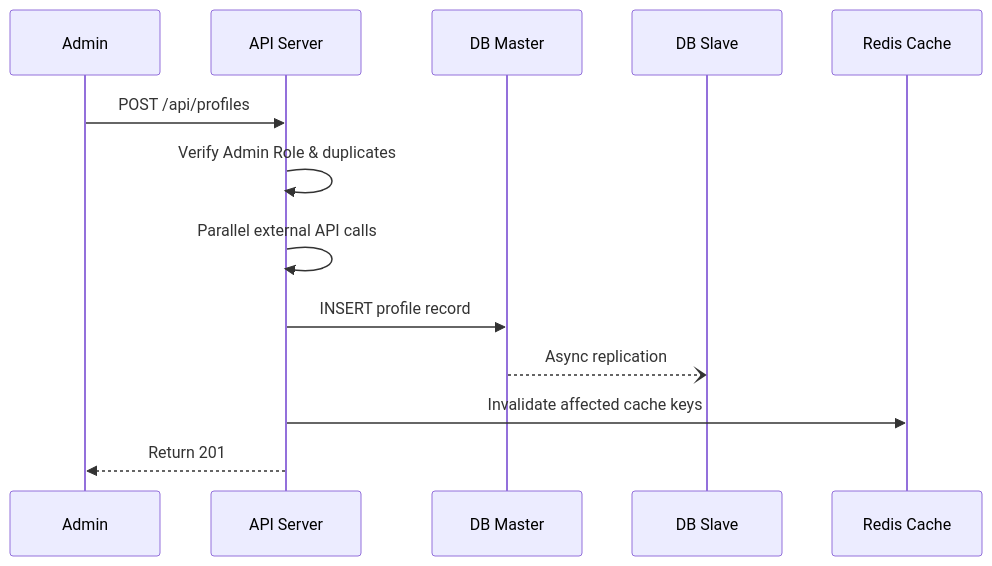
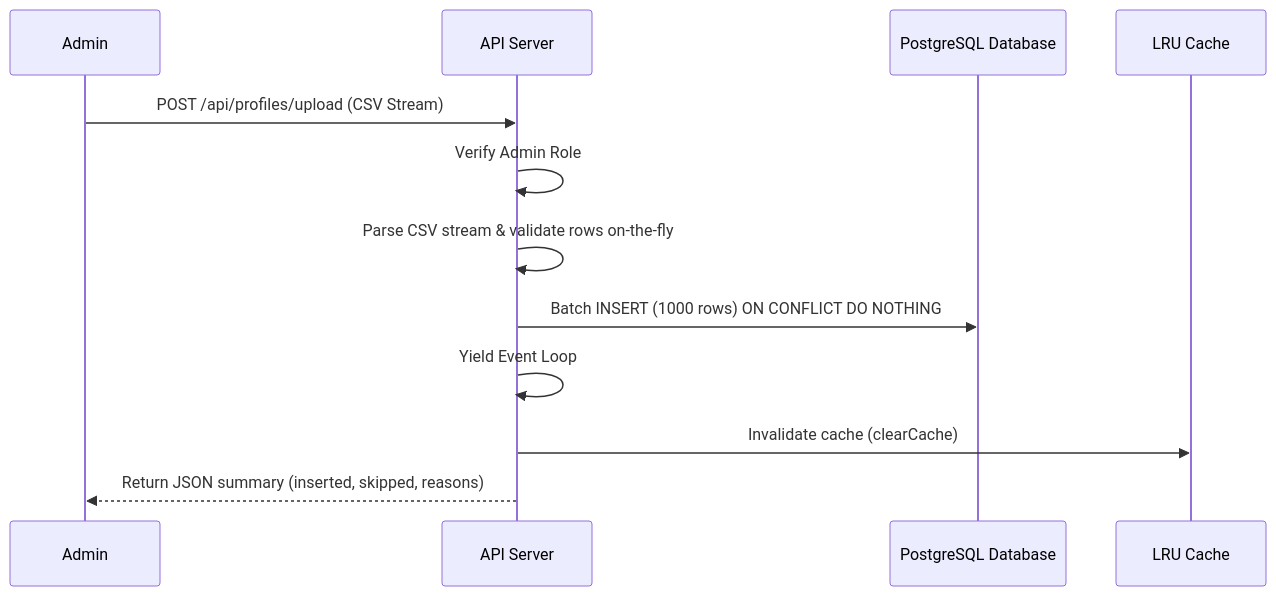
The third of 4 diagrams in stage-4a-design.md (cybarry/insighta-backend), drawn with Mermaid before and after one commit. The commit also changed other lines of this file, not shown here.

````diff
--- a/stage-4a-design.md
+++ b/stage-4a-design.md
@@ -106,16 +104,15 @@
 ```mermaid
 sequenceDiagram
     participant C as Admin
     participant A as API Server
-    participant DB as DB Master
-    participant DBS as DB Slave
-    participant R as Redis Cache
+    participant DB as PostgreSQL Database
+    participant R as LRU Cache
 
-    C->>A: POST /api/profiles
-    A->>A: Verify Admin Role & duplicates
-    A->>A: Parallel external API calls
-    A->>DB: INSERT profile record
-    DB--)DBS: Async replication
-    A->>R: Invalidate affected cache keys
-    A-->>C: Return 201
+    C->>A: POST /api/profiles/upload (CSV Stream)
+    A->>A: Verify Admin Role
+    A->>A: Parse CSV stream & validate rows on-the-fly
+    A->>DB: Batch INSERT (1000 rows) ON CONFLICT DO NOTHING
+    A->>A: Yield Event Loop
+    A->>R: Invalidate cache (clearCache)
+    A-->>C: Return JSON summary (inserted, skipped, reasons)
 ```
````
